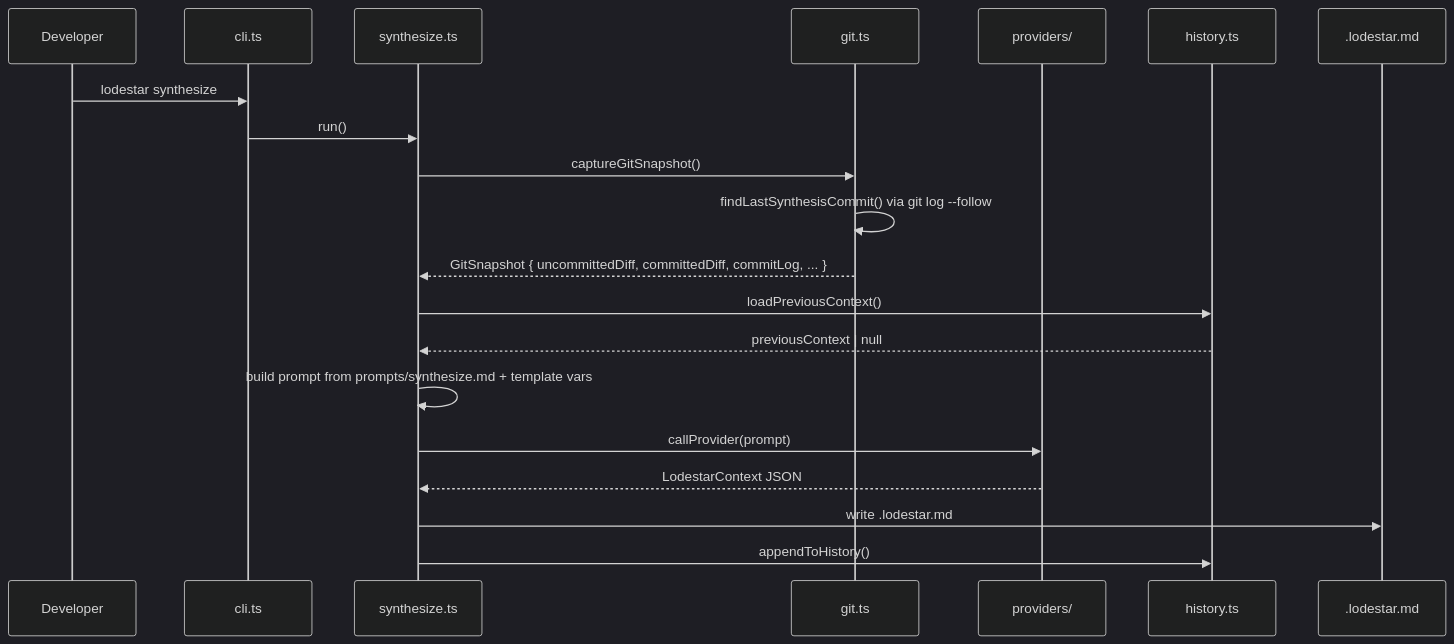
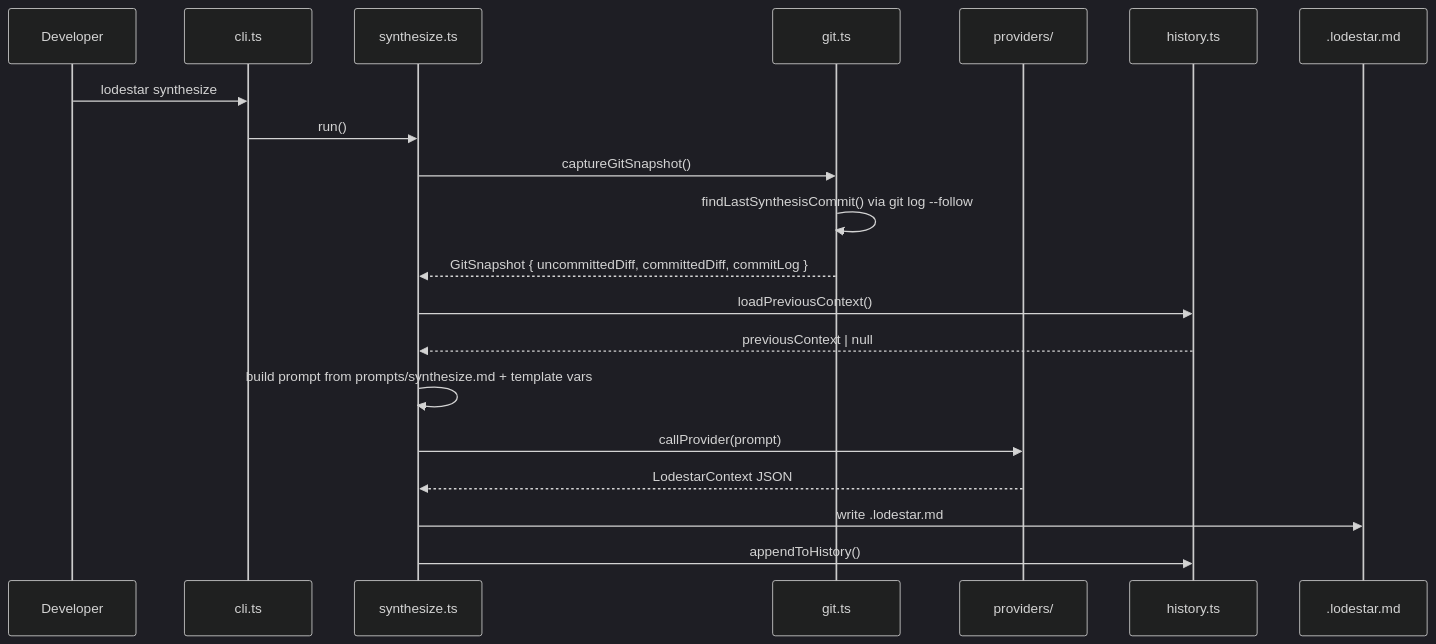
One commit to Kgard/LodeStar changed the second of 2 diagrams in .lodestar.md. Above: the diagram before and after it, drawn with Mermaid (dark theme). The commit also changed other lines of this file and 3 other files, not shown here.

````diff
--- a/.lodestar.md
+++ b/.lodestar.md
@@ -68,23 +66,23 @@
 ```mermaid
 sequenceDiagram
     participant Dev as Developer
     participant CLI as cli.ts
     participant S as synthesize.ts
     participant G as git.ts
     participant P as providers/
     participant H as history.ts
     participant FS as .lodestar.md
 
     Dev->>CLI: lodestar synthesize
     CLI->>S: run()
     S->>G: captureGitSnapshot()
     G->>G: findLastSynthesisCommit() via git log --follow
-    G-->>S: GitSnapshot { uncommittedDiff, committedDiff, commitLog, ... }
+    G-->>S: GitSnapshot { uncommittedDiff, committedDiff, commitLog }
     S->>H: loadPreviousContext()
     H-->>S: previousContext | null
     S->>S: build prompt from prompts/synthesize.md + template vars
     S->>P: callProvider(prompt)
     P-->>S: LodestarContext JSON
     S->>FS: write .lodestar.md
     S->>H: appendToHistory()
 ```
````
